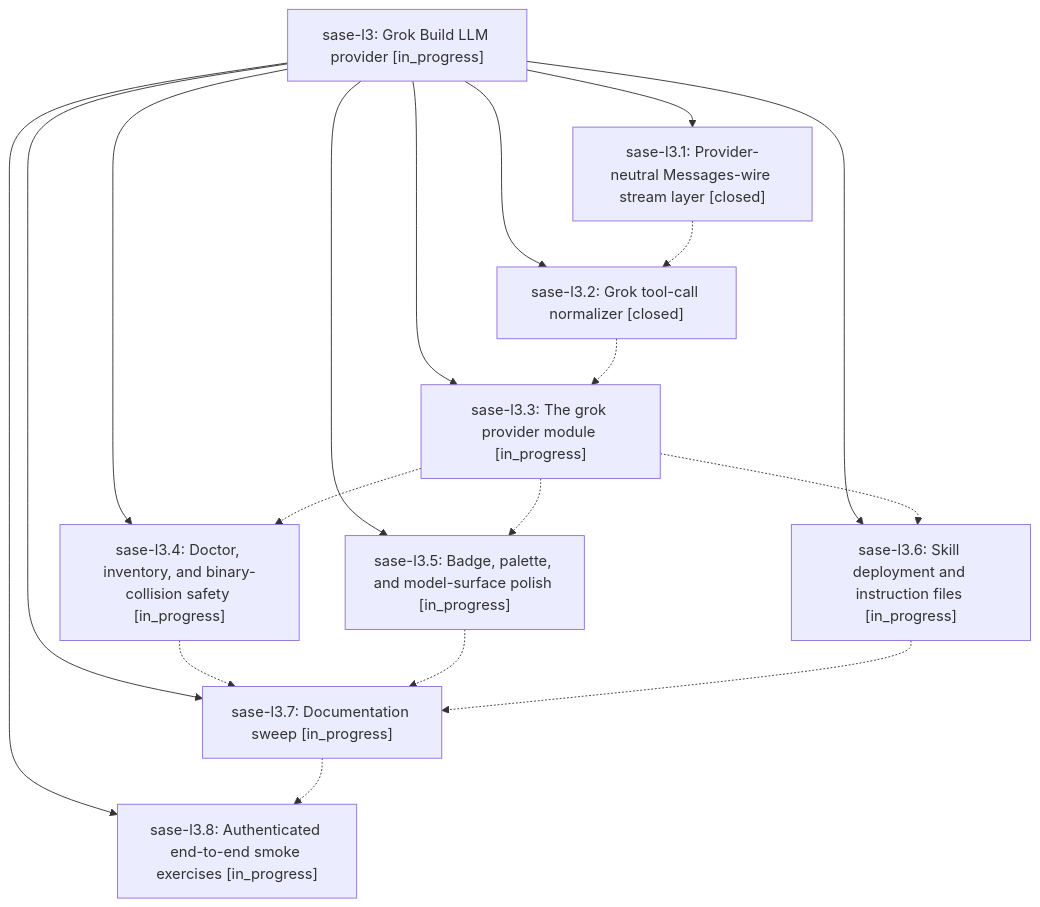
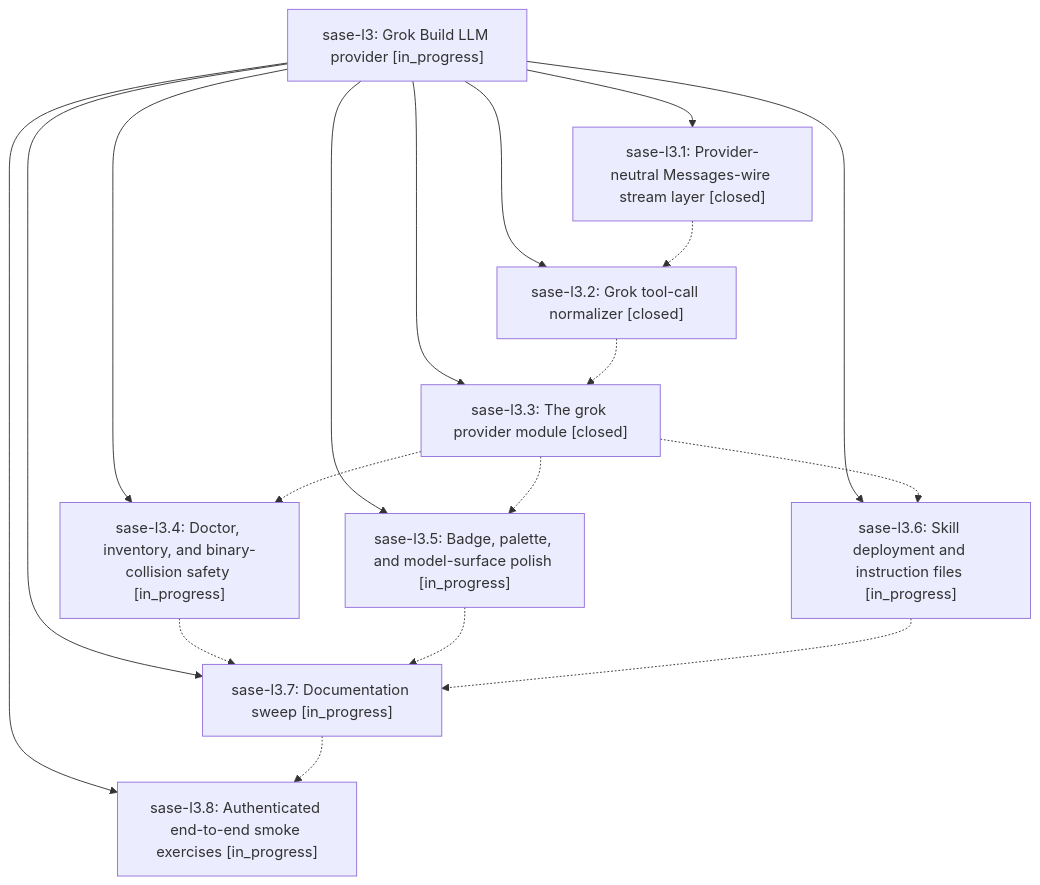
The diagram in pages/sase-l3/README.md (sase-org/sase--beads), drawn with Mermaid before and after one commit. The commit also changed other lines of this file and 5 other files, not shown here.

````diff
--- a/pages/sase-l3/README.md
+++ b/pages/sase-l3/README.md
@@ -33,29 +35,29 @@
 ```mermaid
 flowchart TD
     n0["sase-l3: Grok Build LLM provider [in_progress]"]
     n1["sase-l3.1: Provider-neutral Messages-wire stream layer [closed]"]
     n2["sase-l3.2: Grok tool-call normalizer [closed]"]
-    n3["sase-l3.3: The grok provider module [in_progress]"]
+    n3["sase-l3.3: The grok provider module [closed]"]
     n4["sase-l3.4: Doctor, inventory, and binary-collision safety [in_progress]"]
     n5["sase-l3.5: Badge, palette, and model-surface polish [in_progress]"]
     n6["sase-l3.6: Skill deployment and instruction files [in_progress]"]
     n7["sase-l3.7: Documentation sweep [in_progress]"]
     n8["sase-l3.8: Authenticated end-to-end smoke exercises [in_progress]"]
     n0 --> n1
     n0 --> n2
     n0 --> n3
     n0 --> n4
     n0 --> n5
     n0 --> n6
     n0 --> n7
     n0 --> n8
     n1 -.-> n2
     n2 -.-> n3
     n3 -.-> n4
     n3 -.-> n5
     n3 -.-> n6
     n4 -.-> n7
     n5 -.-> n7
     n6 -.-> n7
     n7 -.-> n8
 ```
````
